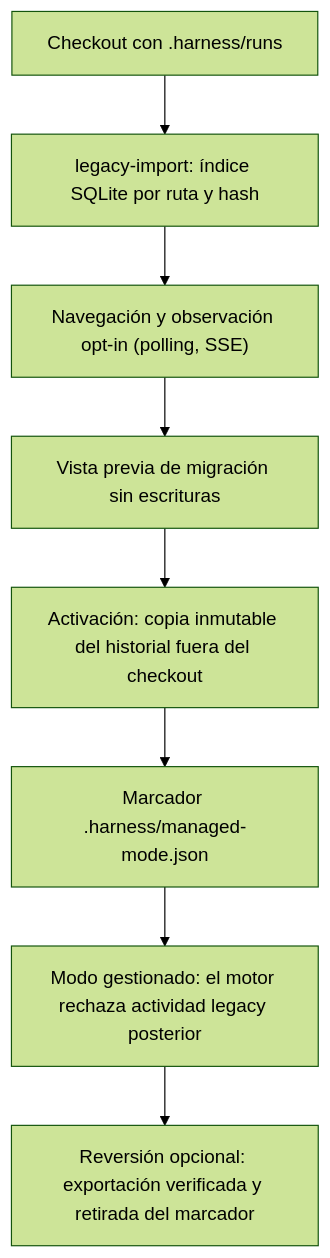
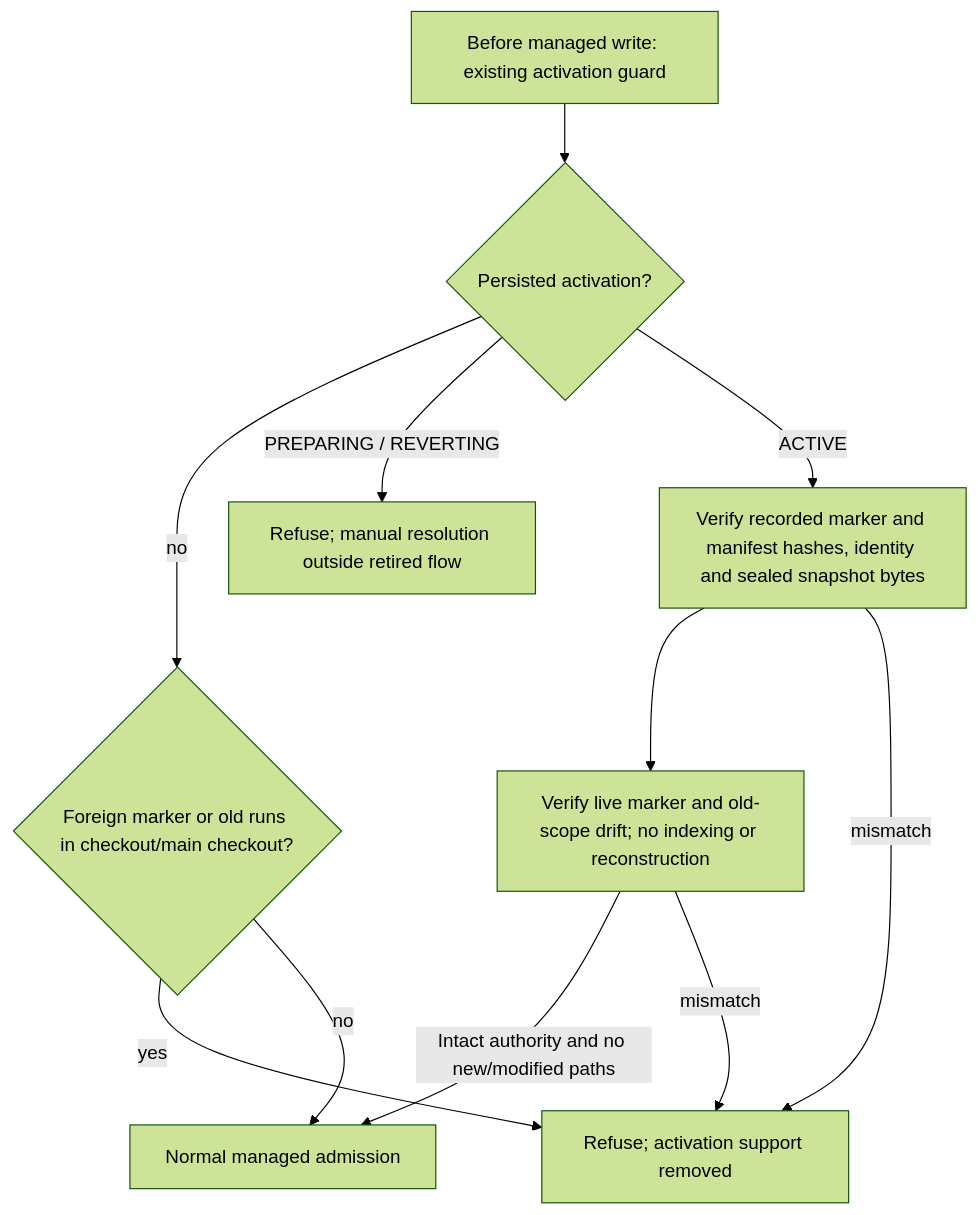
One commit to AcostaDDev/my-harness-archive changed the second of 2 diagrams in docs/flows/legacy-migration.md. Above: the diagram before and after it, drawn with Mermaid (forest theme). The commit also changed other lines of this file and 202 other files, not shown here.

First line of the commit message:
refactor: retire legacy harness workflows

````diff
--- a/docs/flows/legacy-migration.md
+++ b/docs/flows/legacy-migration.md
@@ -6,10 +37,13 @@
 ```mermaid
 flowchart TD
-    A["Checkout con .harness/runs"] --> B["legacy-import: índice SQLite por ruta y hash"]
-    B --> C["Navegación y observación opt-in (polling, SSE)"]
-    C --> D["Vista previa de migración sin escrituras"]
-    D --> E["Activación: copia inmutable del historial fuera del checkout"]
-    E --> F["Marcador .harness/managed-mode.json"]
-    F --> G["Modo gestionado: el motor rechaza actividad legacy posterior"]
-    G --> H["Reversión opcional: exportación verificada y retirada del marcador"]
+    A["Before managed write: existing activation guard"] --> B{"Persisted activation?"}
+    B -- no --> C{"Foreign marker or old runs in checkout/main checkout?"}
+    C -- yes --> X["Refuse; activation support removed"]
+    C -- no --> Y["Normal managed admission"]
+    B -- "PREPARING / REVERTING" --> Z["Refuse; manual resolution outside retired flow"]
+    B -- ACTIVE --> D["Verify recorded marker and manifest hashes, identity and sealed snapshot bytes"]
+    D --> E["Verify live marker and old-scope drift; no indexing or reconstruction"]
+    E -- "Intact authority and no new/modified paths" --> Y
+    D -- mismatch --> X
+    E -- mismatch --> X
 ```
````
